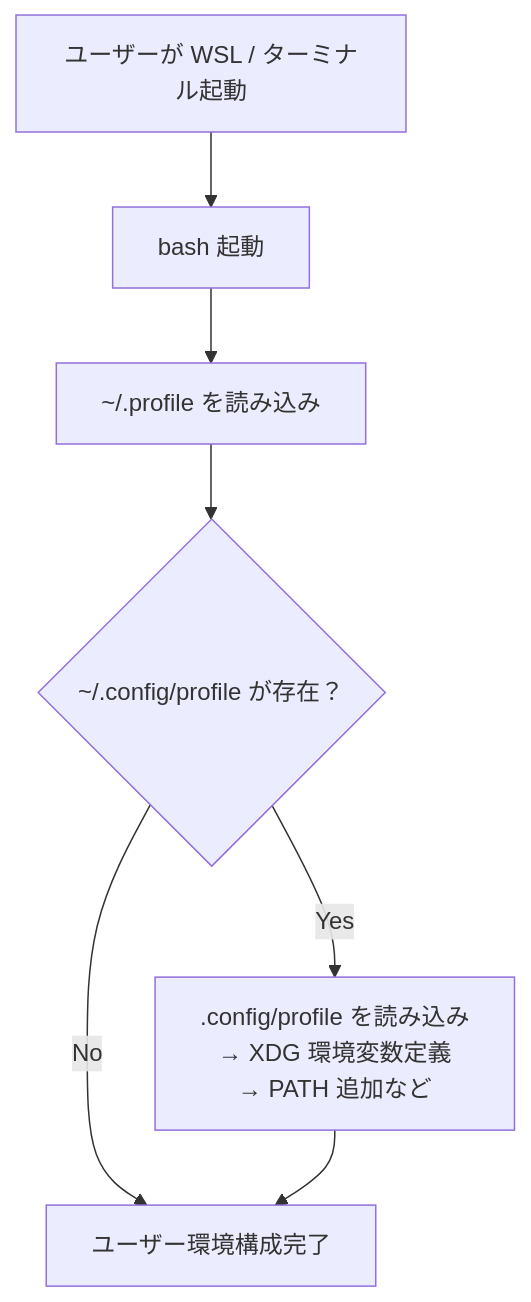
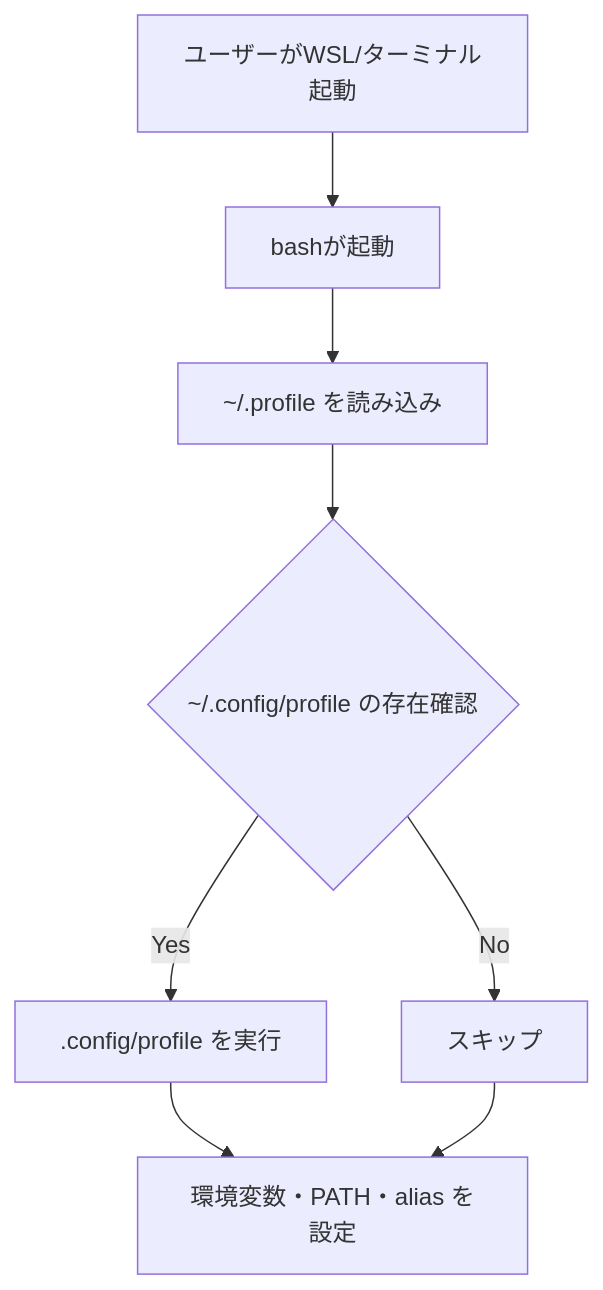
Before and after one commit to atsushifx/zenn-dev: the second of 2 diagrams in articles/wsl2-setup-create-working-dir.md, drawn with Mermaid. The commit also changed other lines of this file, not shown here.

````diff
--- a/articles/wsl2-setup-create-working-dir.md
+++ b/articles/wsl2-setup-create-working-dir.md
@@ -627,9 +660,10 @@
 ```mermaid
 graph TD
-    A[ユーザーが WSL / ターミナル起動] --> B[bash 起動]
+    A[ユーザーがWSL/ターミナル起動] --> B[bashが起動]
     B --> C[~/.profile を読み込み]
-    C --> D{~/.config/profile が存在？}
-    D -- Yes --> E[".config/profile を読み込み<br/>→ XDG 環境変数定義<br/>→ PATH 追加など"]
-    D -- No --> G
-    E --> G[ユーザー環境構成完了]
+    C --> D{~/.config/profile の存在確認}
+    D -- Yes --> E[.config/profile を実行]
+    D -- No --> F[スキップ]
+    E --> G[環境変数・PATH・alias を設定]
+    F --> G
 ```
````
